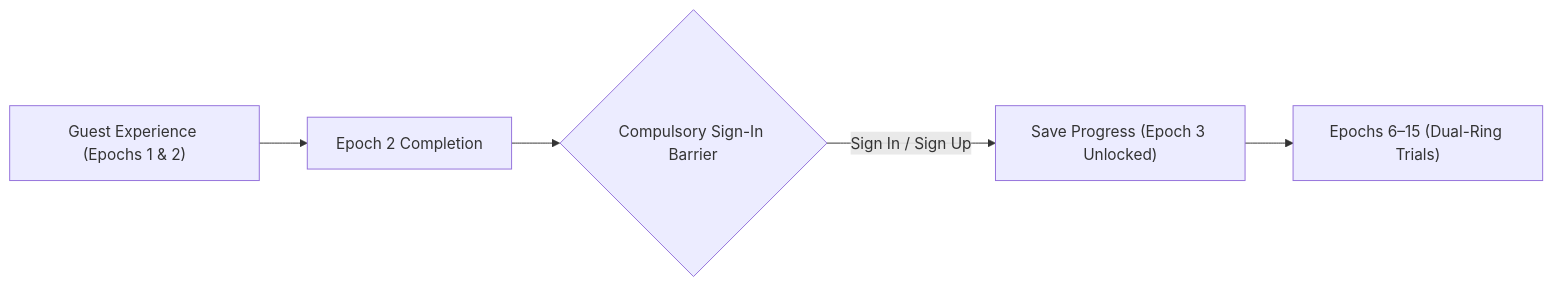
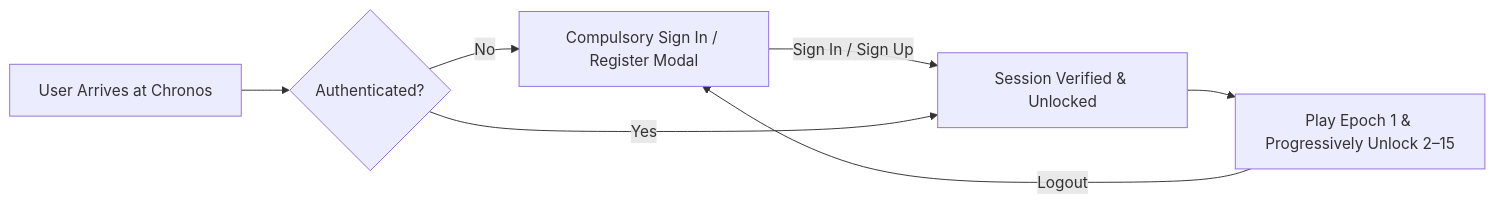
Before and after one commit to Aalok04/chronos-clock-puzzle: the diagram in DEPLOYMENT_REPORT.md, drawn with Mermaid. The commit also changed other lines of this file and 5 other files, not shown here.

````diff
--- a/DEPLOYMENT_REPORT.md
+++ b/DEPLOYMENT_REPORT.md
@@ -14,7 +14,9 @@
 ```mermaid
 flowchart LR
-    A["Guest Experience (Epochs 1 & 2)"] --> B["Epoch 2 Completion"]
-    B --> C{"Compulsory Sign-In Barrier"}
-    C -->|Sign In / Sign Up| D["Save Progress (Epoch 3 Unlocked)"]
-    D --> E["Epochs 6–15 (Dual-Ring Trials)"]
+    A["User Arrives at Chronos"] --> B{"Authenticated?"}
+    B -->|No| C["Compulsory Sign In / Register Modal"]
+    C -->|Sign In / Sign Up| D["Session Verified & Unlocked"]
+    B -->|Yes| D
+    D --> E["Play Epoch 1 & Progressively Unlock 2–15"]
+    E -->|Logout| C
 ```
````
